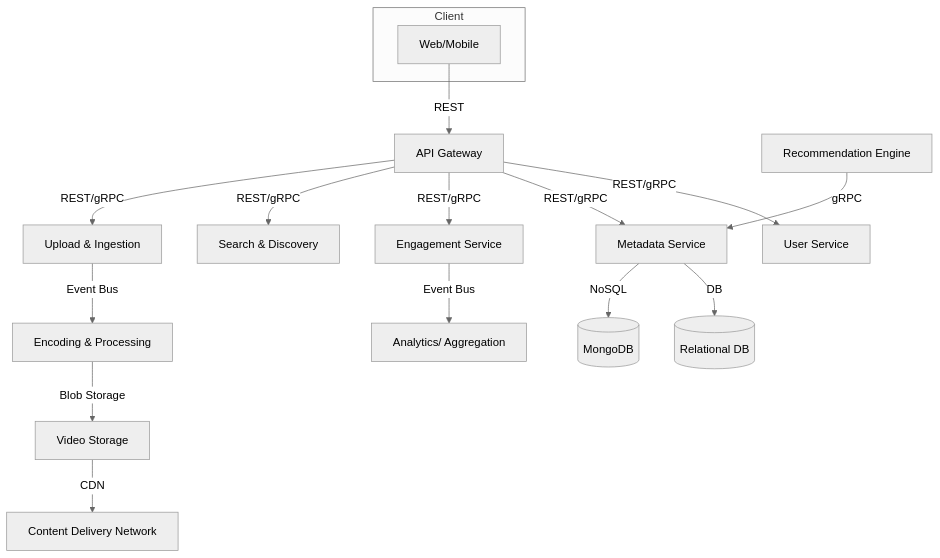
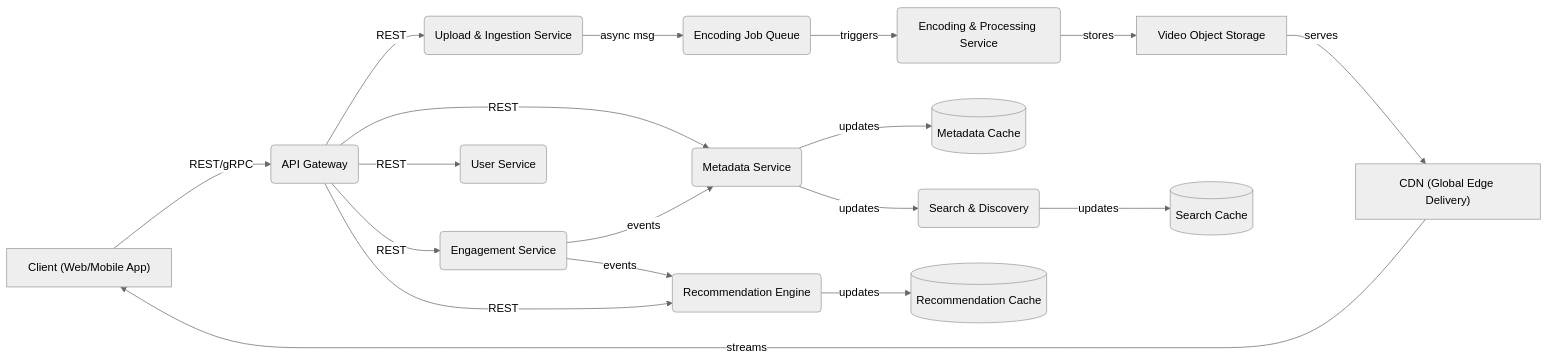
One commit to Charikshith/Learing_System_Design changed the second of 4 diagrams in System_Design/20 - Design a Video Sharing Platform (aka YouTube).md. Above: the diagram before and after it, drawn with Mermaid (neutral theme). The commit also changed other lines of this file and 41 other files, not shown here.

````diff
--- a/System_Design/20 - Design a Video Sharing Platform (aka YouTube).md
+++ b/System_Design/20 - Design a Video Sharing Platform (aka YouTube).md
@@ -456,19 +132,38 @@
 ```mermaid
-graph TD
-    subgraph Client
-      A[Web/Mobile]
-    end
-    A --REST--> APIGW[API Gateway]
-    APIGW --REST/gRPC--> UserService[User Service]
-    APIGW --REST/gRPC--> MetadataService[Metadata Service]
-    APIGW --REST/gRPC--> EngagementService[Engagement Service]
-    APIGW --REST/gRPC--> SearchService[Search & Discovery]
-    APIGW --REST/gRPC--> UploadService[Upload & Ingestion]
-    UploadService --Event Bus--> EncodingService[Encoding & Processing]
-    EncodingService --Blob Storage--> VideoStorage[Video Storage]
-    VideoStorage --CDN--> CDN[Content Delivery Network]
-    MetadataService --DB--> RDS[(Relational DB)]
-    MetadataService --NoSQL--> NoSQL[(MongoDB)]
-    RecommendationEngine[Recommendation Engine] --gRPC--> MetadataService
-    EngagementService --Event Bus--> Analytics[Analytics/ Aggregation]
+flowchart LR
+    Client["Client (Web/Mobile App)"]
+    APIGW(API Gateway)
+    Upload("Upload & Ingestion Service")
+    Queue("Encoding Job Queue")
+    Encode("Encoding & Processing Service")
+    ObjectStore["Video Object Storage"]
+    CDN["CDN (Global Edge Delivery)"]
+    Metadata("Metadata Service")
+    Search("Search & Discovery")
+    Reco("Recommendation Engine")
+    User("User Service")
+    Engage("Engagement Service")
+    Cache1[(Metadata Cache)]
+    Cache2[(Search Cache)]
+    Cache3[(Recommendation Cache)]
+
+    Client -- REST/gRPC --> APIGW
+    APIGW -- REST --> Upload
+    Upload -- async msg --> Queue
+    Queue -- triggers --> Encode
+    Encode -- stores --> ObjectStore
+    ObjectStore -- serves --> CDN
+    CDN -- streams --> Client
+
+    APIGW -- REST --> Metadata
+    Metadata -- updates --> Cache1
+    Metadata -- updates --> Search
+    Search -- updates --> Cache2
+    APIGW -- REST --> User
+    APIGW -- REST --> Engage
+    Engage -- events --> Metadata
+
+    APIGW -- REST --> Reco
+    Reco -- updates --> Cache3
+    Engage -- events --> Reco
 ```
````
